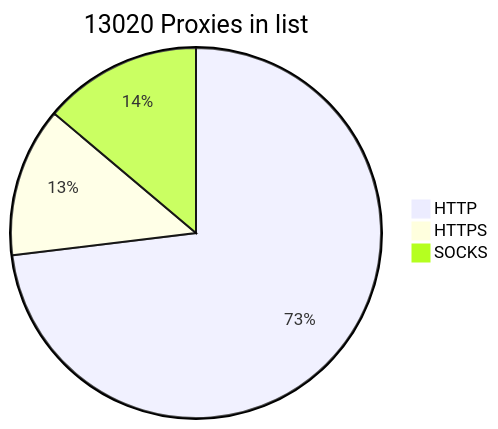
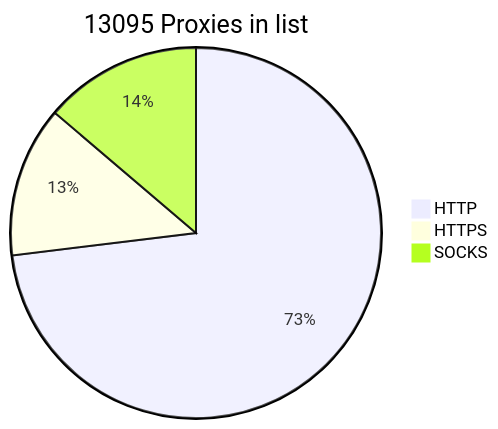
The diagram in README.md (BlackSnowDot/proxylist-update-every-minute), drawn with Mermaid before and after one commit.

````diff
--- a/README.md
+++ b/README.md
@@ -2,6 +2,6 @@
 ```mermaid
-pie title 13020 Proxies in list
-    "HTTP" : 9776
-    "HTTPS": 1749
+pie title 13095 Proxies in list
+    "HTTP" : 9831
+    "HTTPS": 1772
     "SOCKS" : 1853
 ```
````
